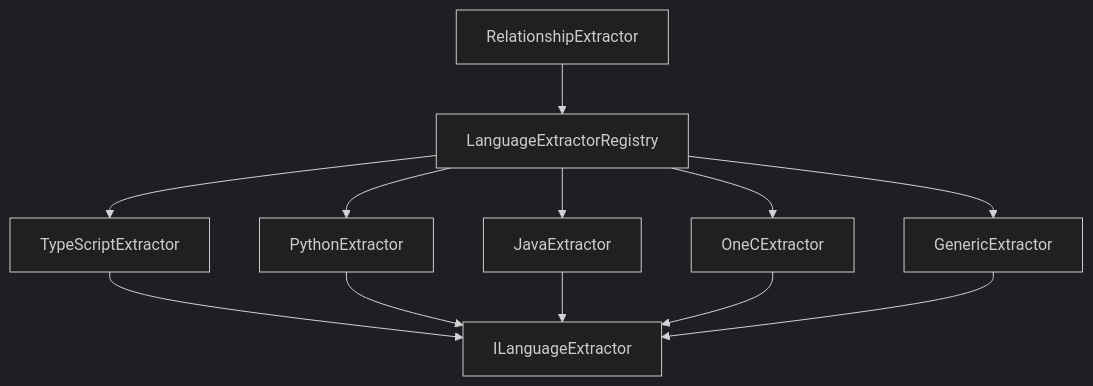
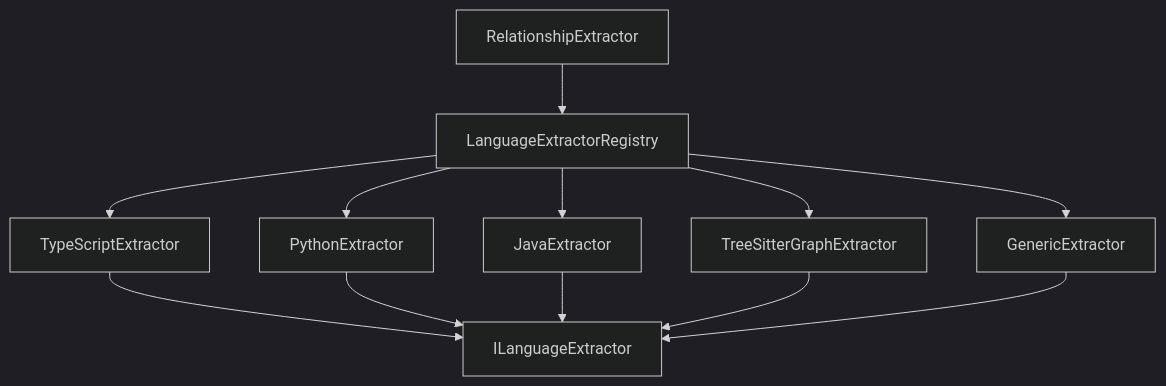
One commit to myshik15reg/kilocode changed the first of 3 diagrams in docs/kilocode-1c-improvements.md. Above: the diagram before and after it, drawn with Mermaid (dark theme). The commit also changed other lines of this file and 166 other files, not shown here.

````diff
--- a/docs/kilocode-1c-improvements.md
+++ b/docs/kilocode-1c-improvements.md
@@ -464,15 +464,15 @@
 ```mermaid
 graph TD
     A[RelationshipExtractor] --> B[LanguageExtractorRegistry]
     B --> C[TypeScriptExtractor]
     B --> D[PythonExtractor]
     B --> E[JavaExtractor]
-    B --> F[OneCExtractor]
+    B --> F[TreeSitterGraphExtractor]
     B --> G[GenericExtractor]
     
     C --> H[ILanguageExtractor]
     D --> H
     E --> H
     F --> H
     G --> H
 ```
````
